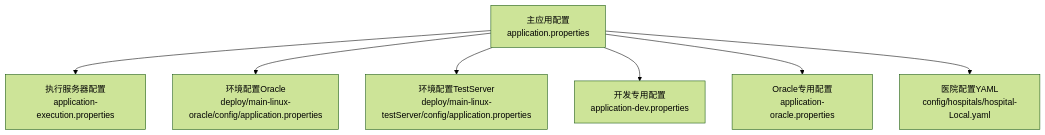
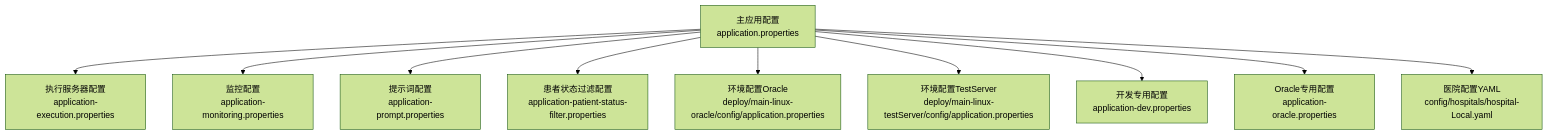
One commit to liuzh2008/med_ai_assistant_workspace changed the first of 4 diagrams in .qoder/repowiki/zh/content/配置管理/应用配置.md. Above: the diagram before and after it, drawn with Mermaid (forest theme). The commit also changed other lines of this file and 4 other files, not shown here.

````diff
--- a/.qoder/repowiki/zh/content/配置管理/应用配置.md
+++ b/.qoder/repowiki/zh/content/配置管理/应用配置.md
@@ -41,9 +62,12 @@
 ```mermaid
 graph TB
 A["主应用配置<br/>application.properties"] --> B["执行服务器配置<br/>application-execution.properties"]
-A --> C["环境配置Oracle<br/>deploy/main-linux-oracle/config/application.properties"]
-A --> D["环境配置TestServer<br/>deploy/main-linux-testServer/config/application.properties"]
-A --> E["开发专用配置<br/>application-dev.properties"]
-A --> F["Oracle专用配置<br/>application-oracle.properties"]
-A --> G["医院配置YAML<br/>config/hospitals/hospital-Local.yaml"]
+A --> C["监控配置<br/>application-monitoring.properties"]
+A --> D["提示词配置<br/>application-prompt.properties"]
+A --> E["患者状态过滤配置<br/>application-patient-status-filter.properties"]
+A --> F["环境配置Oracle<br/>deploy/main-linux-oracle/config/application.properties"]
+A --> G["环境配置TestServer<br/>deploy/main-linux-testServer/config/application.properties"]
+A --> H["开发专用配置<br/>application-dev.properties"]
+A --> I["Oracle专用配置<br/>application-oracle.properties"]
+A --> J["医院配置YAML<br/>config/hospitals/hospital-Local.yaml"]
 ```
````
